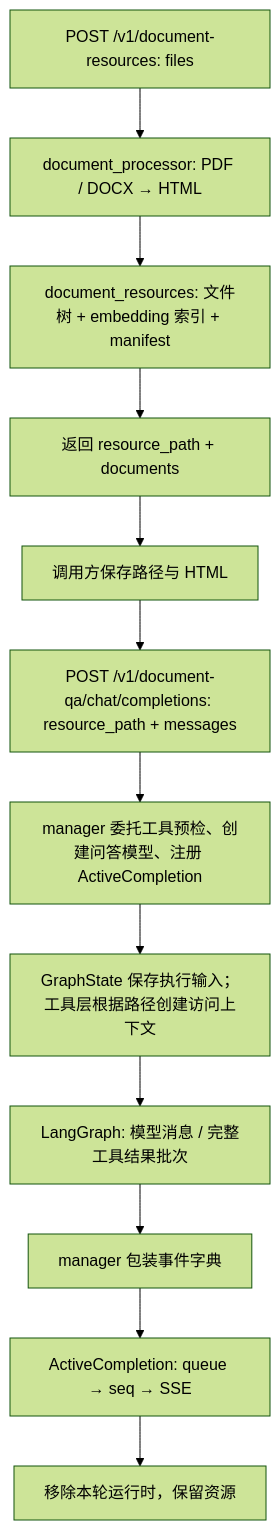
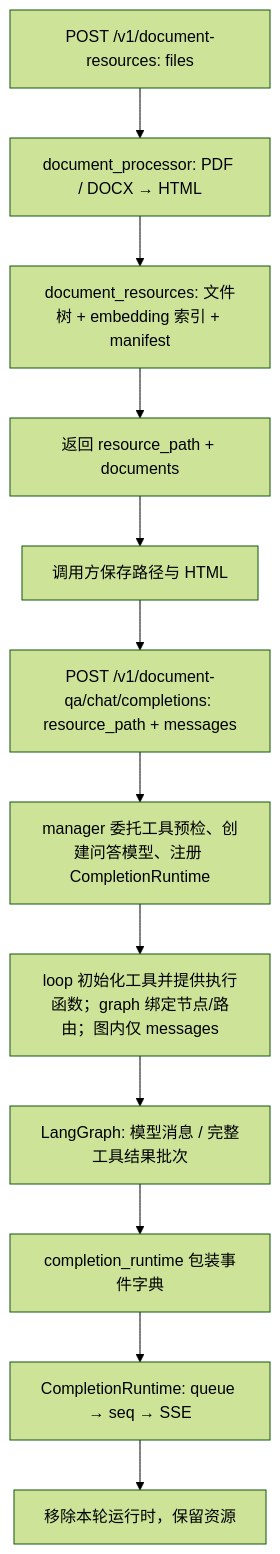
The first of 2 diagrams in agent/service/file_extraction_agent/docs/flowchart.md (ADChahaha/TraceAgent), drawn with Mermaid (forest theme) before and after one commit. The commit also changed 27 other files, not shown here.

````diff
--- a/agent/service/file_extraction_agent/docs/flowchart.md
+++ b/agent/service/file_extraction_agent/docs/flowchart.md
@@ -5,14 +5,14 @@
 ```mermaid
 flowchart TD
     A["POST /v1/document-resources: files"] --> B["document_processor: PDF / DOCX → HTML"]
     B --> C["document_resources: 文件树 + embedding 索引 + manifest"]
     C --> D["返回 resource_path + documents"]
     D --> E["调用方保存路径与 HTML"]
     E --> F["POST /v1/document-qa/chat/completions: resource_path + messages"]
-    F --> G["manager 委托工具预检、创建问答模型、注册 ActiveCompletion"]
-    G --> H["GraphState 保存执行输入；工具层根据路径创建访问上下文"]
+    F --> G["manager 委托工具预检、创建问答模型、注册 CompletionRuntime"]
+    G --> H["loop 初始化工具并提供执行函数；graph 绑定节点/路由；图内仅 messages"]
     H --> I["LangGraph: 模型消息 / 完整工具结果批次"]
-    I --> J["manager 包装事件字典"]
-    J --> K["ActiveCompletion: queue → seq → SSE"]
+    I --> J["completion_runtime 包装事件字典"]
+    J --> K["CompletionRuntime: queue → seq → SSE"]
     K --> L["移除本轮运行时，保留资源"]
 ```
````
